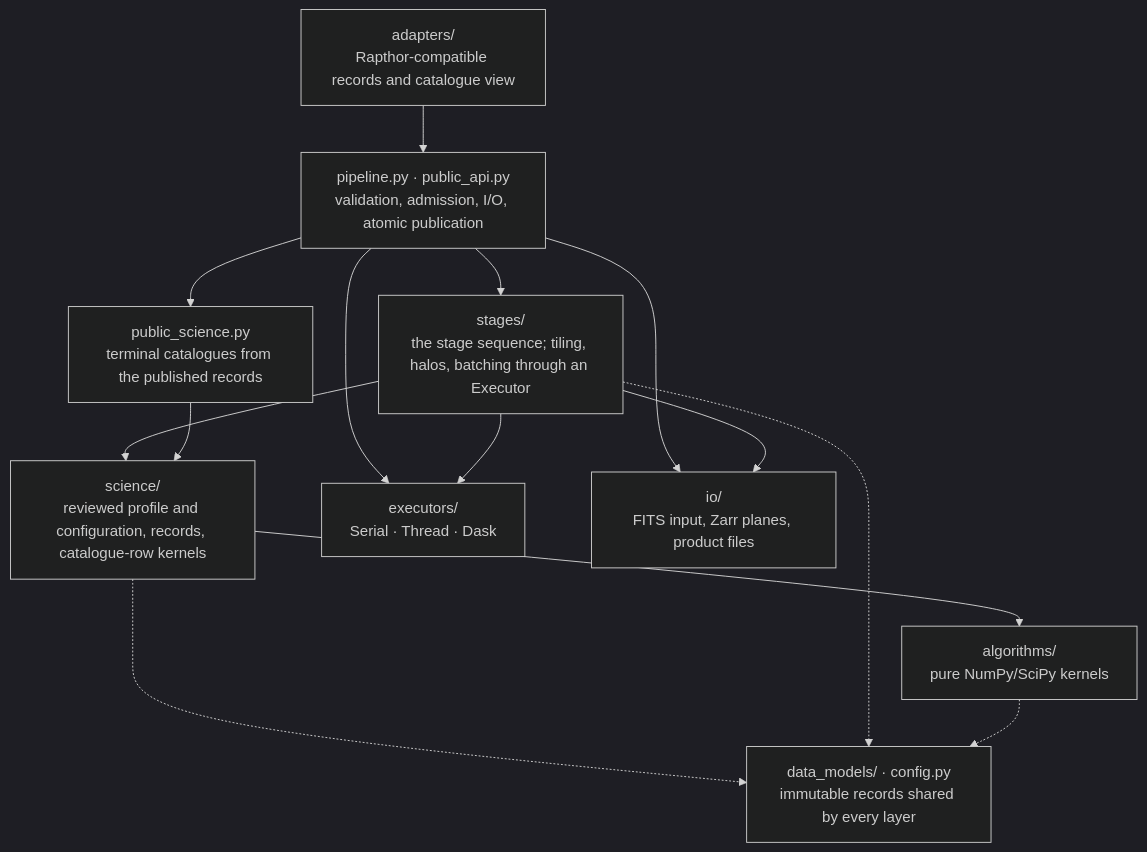
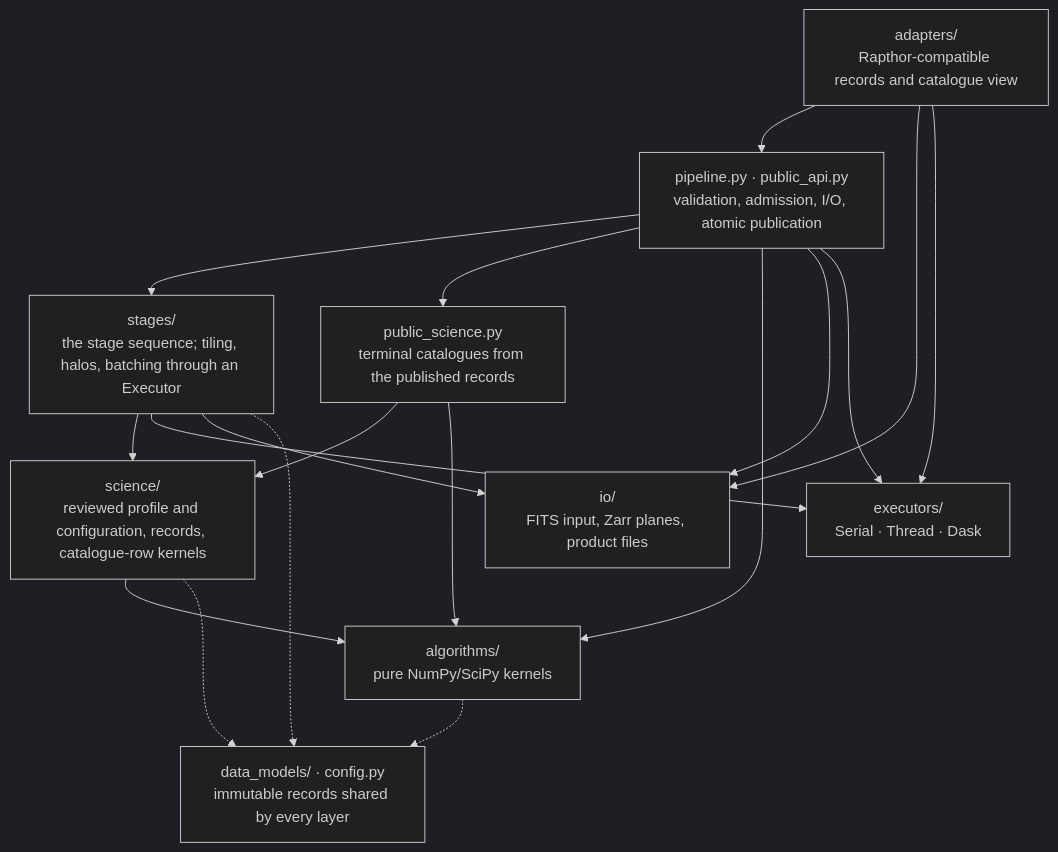
Before and after one commit to gemmadanks/hebog: the second of 2 diagrams in docs/architecture/index.md, drawn with Mermaid (dark theme). The commit also changed other lines of this file and 30 other files, not shown here.

````diff
--- a/docs/architecture/index.md
+++ b/docs/architecture/index.md
@@ -65,22 +65,26 @@
 ```mermaid
 flowchart TD
     adapters["adapters/<br/>Rapthor-compatible records and catalogue view"]
     api["pipeline.py · public_api.py<br/>validation, admission, I/O, atomic publication"]
     public_science["public_science.py<br/>terminal catalogues from the published records"]
     stages["stages/<br/>the stage sequence; tiling, halos, batching through an Executor"]
     science["science/<br/>reviewed profile and configuration, records, catalogue-row kernels"]
     algorithms["algorithms/<br/>pure NumPy/SciPy kernels"]
     shared["data_models/ · config.py<br/>immutable records shared by every layer"]
     executors["executors/<br/>Serial · Thread · Dask"]
     io["io/<br/>FITS input, Zarr planes, product files"]
 
     adapters --> api --> stages --> science --> algorithms
     api --> public_science --> science
+    api --> algorithms
+    public_science --> algorithms
+    adapters --> io
+    adapters --> executors
     api --> io
     api --> executors
     stages --> executors
     stages --> io
     science -.-> shared
     stages -.-> shared
     algorithms -.-> shared
 ```
````
